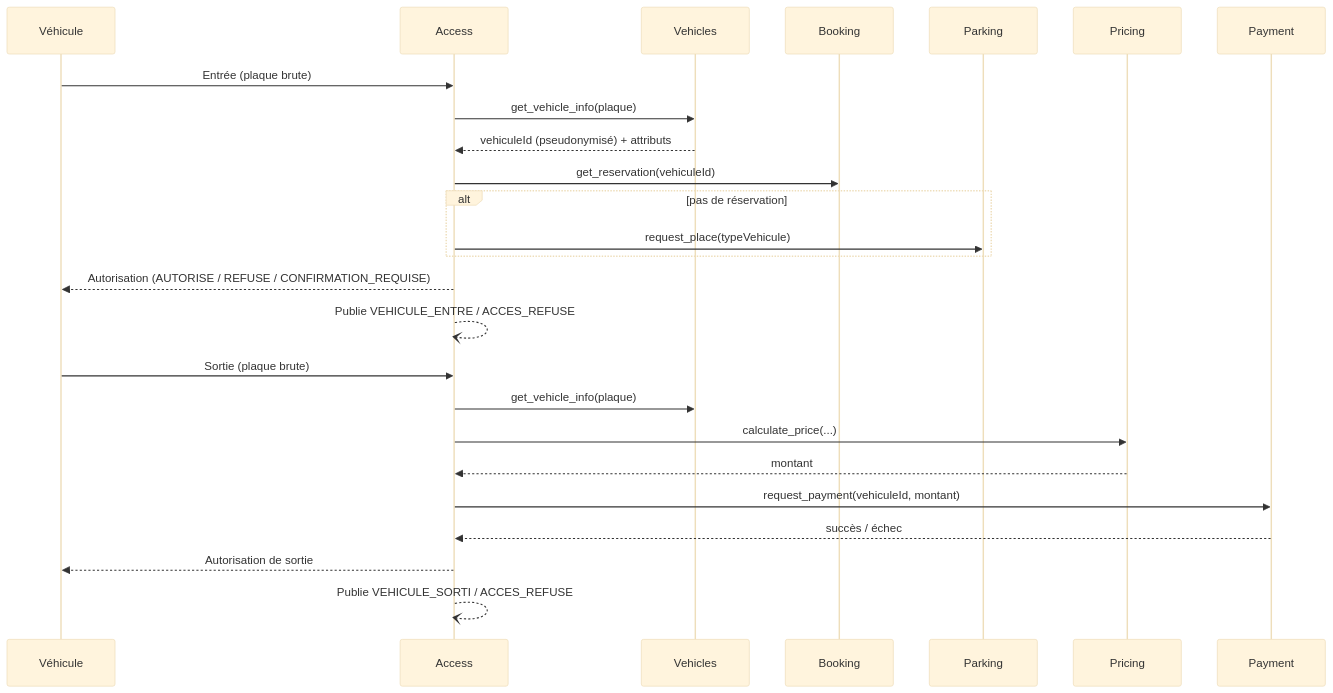
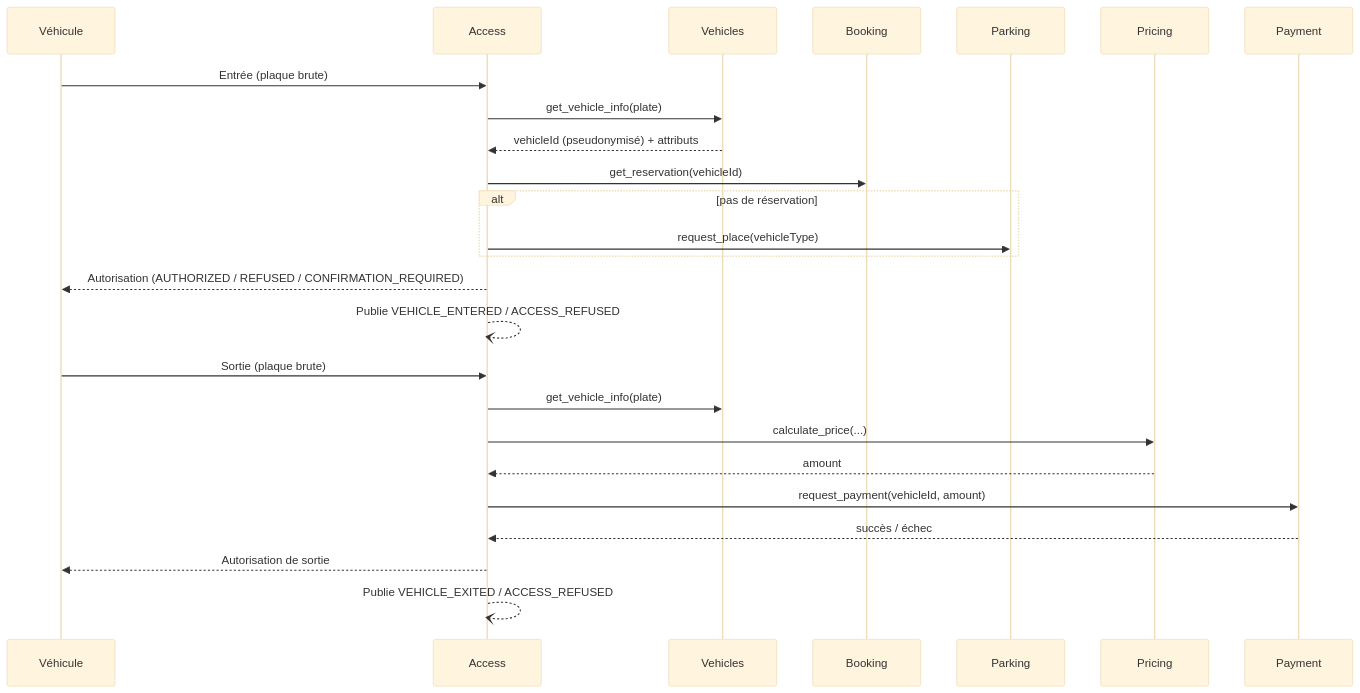
Before and after one commit to DenisDMU/access-parking: the diagram in README.md, drawn with Mermaid (base theme). The commit also changed other lines of this file and 67 other files, not shown here.

````diff
--- a/README.md
+++ b/README.md
@@ -37,29 +46,29 @@
 ```mermaid
 sequenceDiagram
     participant V as Véhicule
     participant A as Access
     participant Ve as Vehicles
     participant B as Booking
     participant P as Parking
     participant Pr as Pricing
     participant Pa as Payment
 
     V->>A: Entrée (plaque brute)
-    A->>Ve: get_vehicle_info(plaque)
-    Ve-->>A: vehiculeId (pseudonymisé) + attributs
-    A->>B: get_reservation(vehiculeId)
+    A->>Ve: get_vehicle_info(plate)
+    Ve-->>A: vehicleId (pseudonymisé) + attributs
+    A->>B: get_reservation(vehicleId)
     alt pas de réservation
-        A->>P: request_place(typeVehicule)
+        A->>P: request_place(vehicleType)
     end
-    A-->>V: Autorisation (AUTORISE / REFUSE / CONFIRMATION_REQUISE)
-    A--)A: Publie VEHICULE_ENTRE / ACCES_REFUSE
+    A-->>V: Autorisation (AUTHORIZED / REFUSED / CONFIRMATION_REQUIRED)
+    A--)A: Publie VEHICLE_ENTERED / ACCESS_REFUSED
 
     V->>A: Sortie (plaque brute)
-    A->>Ve: get_vehicle_info(plaque)
+    A->>Ve: get_vehicle_info(plate)
     A->>Pr: calculate_price(...)
-    Pr-->>A: montant
-    A->>Pa: request_payment(vehiculeId, montant)
+    Pr-->>A: amount
+    A->>Pa: request_payment(vehicleId, amount)
     Pa-->>A: succès / échec
     A-->>V: Autorisation de sortie
-    A--)A: Publie VEHICULE_SORTI / ACCES_REFUSE
+    A--)A: Publie VEHICLE_EXITED / ACCESS_REFUSED
 ```
````
